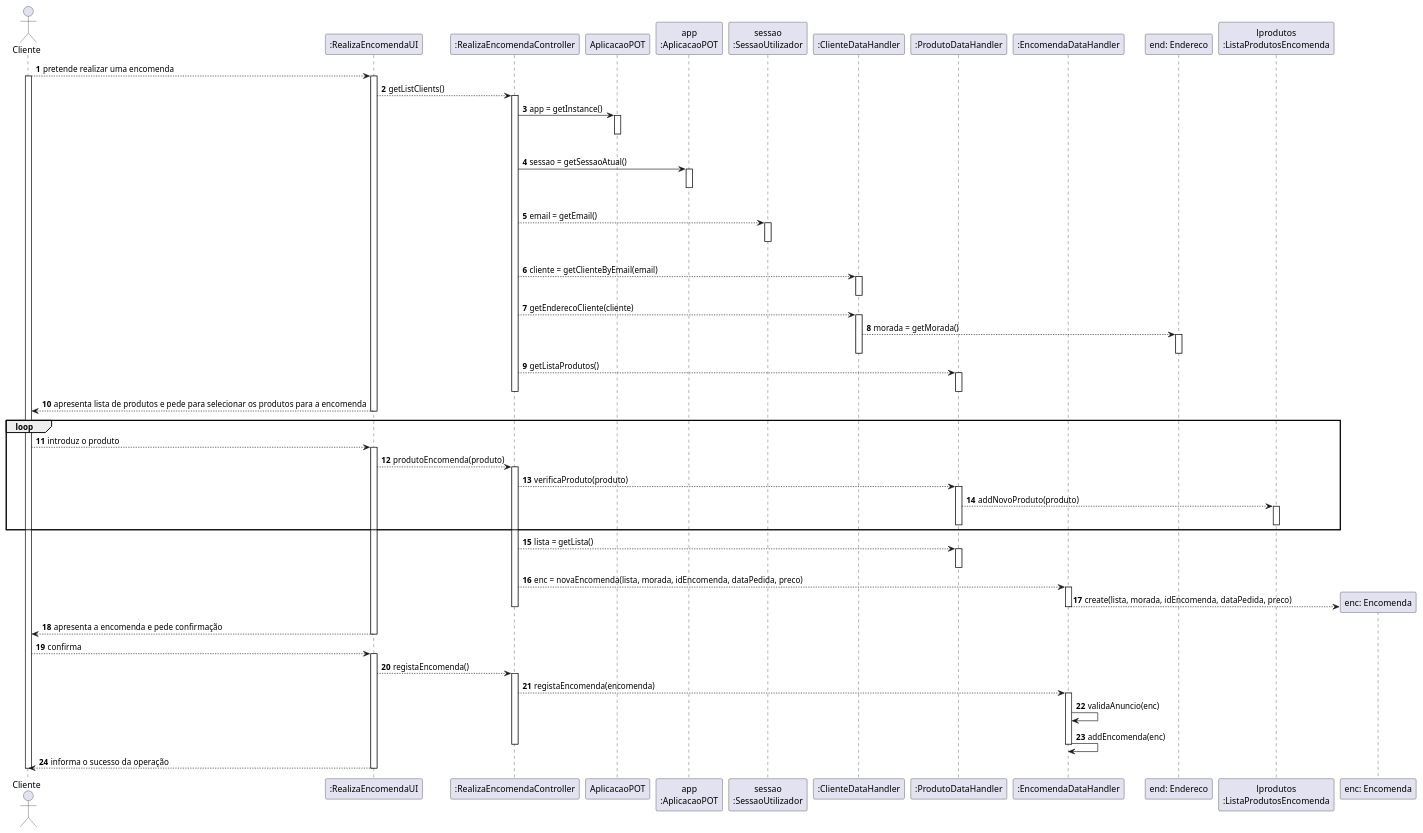
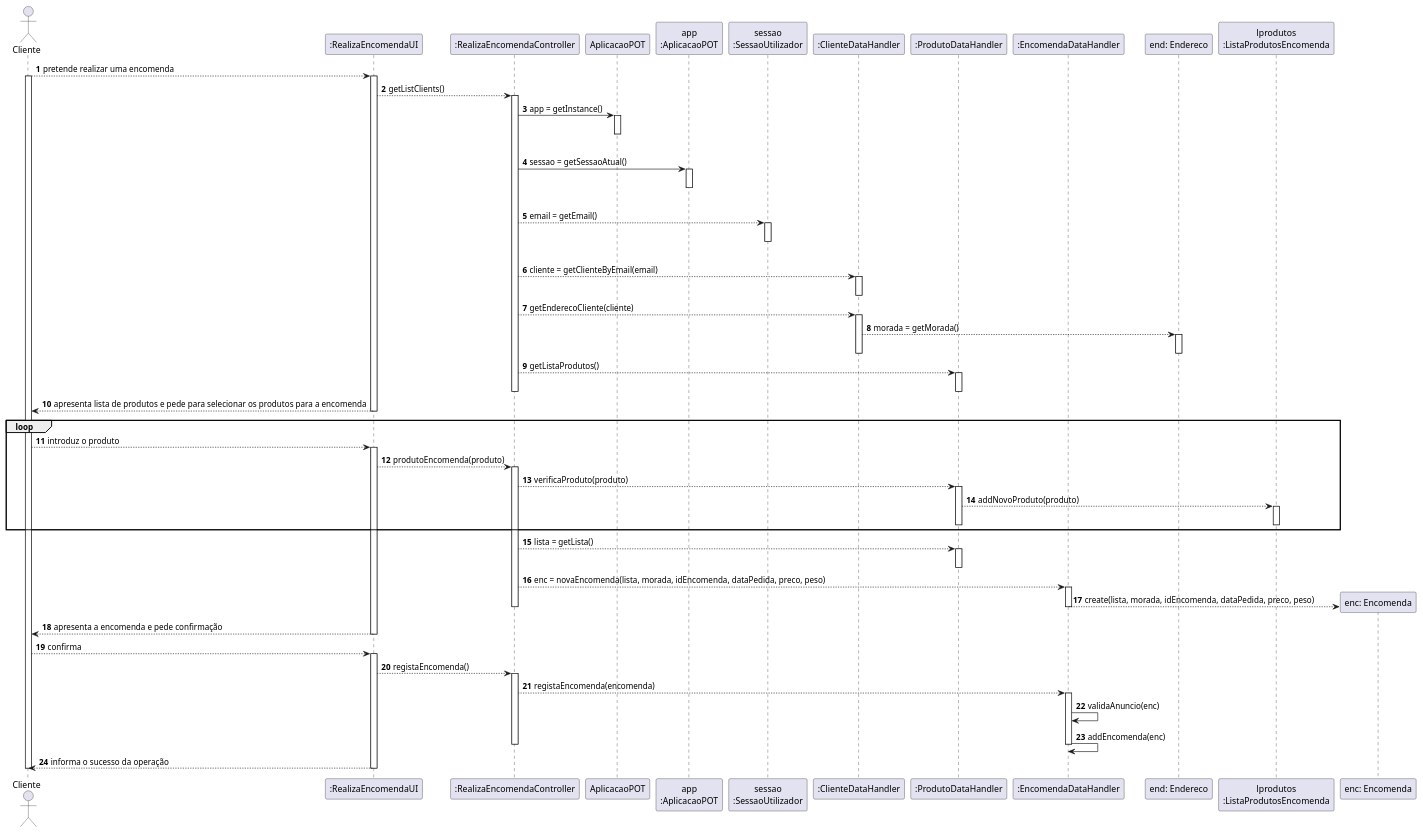
The diagram in docs/UC25/SD.puml (pedrolemos4/LAPR3), drawn with PlantUML before and after one commit. The commit also changed 5 other files, not shown here.

```diff
--- a/docs/UC25/SD.puml
+++ b/docs/UC25/SD.puml
@@ -1,115 +1,115 @@
 @startuml
 autonumber
 'hide footbox
 actor "Cliente" as CLI
 
 participant ":RealizaEncomendaUI" as UI
 participant ":RealizaEncomendaController" as CTRL
 participant "AplicacaoPOT" as _APP
 participant "app\n:AplicacaoPOT" as APP
 participant "sessao\n:SessaoUtilizador" as SESSAO
 participant ":ClienteDataHandler" as DH
 participant ":ProdutoDataHandler" as PDH
 participant ":EncomendaDataHandler" as EDH
 participant "end: Endereco" as END
 participant "lprodutos\n:ListaProdutosEncomenda" as LPROD
 participant "enc: Encomenda" as ENC
 
 
 CLI --> UI : pretende realizar uma encomenda
 activate CLI
 activate UI
 
 UI --> CTRL : getListClients()
 activate CTRL
 
 CTRL -> _APP: app = getInstance()
 activate _APP
 |||
 deactivate _APP
 
 CTRL -> APP: sessao = getSessaoAtual()
 activate APP
 |||
 deactivate APP
 
 CTRL --> SESSAO : email = getEmail()
 activate SESSAO
 |||
 deactivate SESSAO
 
 
 CTRL --> DH : cliente = getClienteByEmail(email)
 activate DH
 deactivate DH
 
 CTRL --> DH : getEnderecoCliente(cliente)
 activate DH
 
 DH --> END : morada = getMorada()
 activate END
 deactivate END
 deactivate DH
 CTRL --> PDH : getListaProdutos()
 activate PDH
 deactivate PDH
 
 deactivate DH
 deactivate CTRL
 
 UI --> CLI : apresenta lista de produtos e pede para selecionar os produtos para a encomenda
 deactivate UI
 
 
 LOOP
 CLI --> UI : introduz o produto
 activate UI
 
 UI --> CTRL : produtoEncomenda(produto)
 activate CTRL
 
 CTRL --> PDH : verificaProduto(produto)
 activate PDH
 
 PDH --> LPROD : addNovoProduto(produto)
 activate LPROD
 
 deactivate PDH
 deactivate LPROD
 
 END LOOP
 
 CTRL --> PDH : lista = getLista()
 activate PDH
 deactivate PDH
 
-CTRL --> EDH : enc = novaEncomenda(lista, morada, idEncomenda, dataPedida, preco)
+CTRL --> EDH : enc = novaEncomenda(lista, morada, idEncomenda, dataPedida, preco, peso)
 activate EDH
 
-EDH --> ENC ** : create(lista, morada, idEncomenda, dataPedida, preco)
+EDH --> ENC ** : create(lista, morada, idEncomenda, dataPedida, preco, peso)
 deactivate EDH
 
 deactivate CTRL
 
 UI --> CLI : apresenta a encomenda e pede confirmação
 deactivate UI
 
 CLI --> UI : confirma
 activate UI
 
 UI --> CTRL : registaEncomenda()
 activate CTRL
 
 CTRL --> EDH : registaEncomenda(encomenda)
 activate EDH
 EDH -> EDH : validaAnuncio(enc)
 EDH -> EDH: addEncomenda(enc)
 deactivate EDH
 
 deactivate CTRL
 
 UI --> CLI : informa o sucesso da operação
 deactivate UI
 deactivate CLI
 
 @enduml
```
